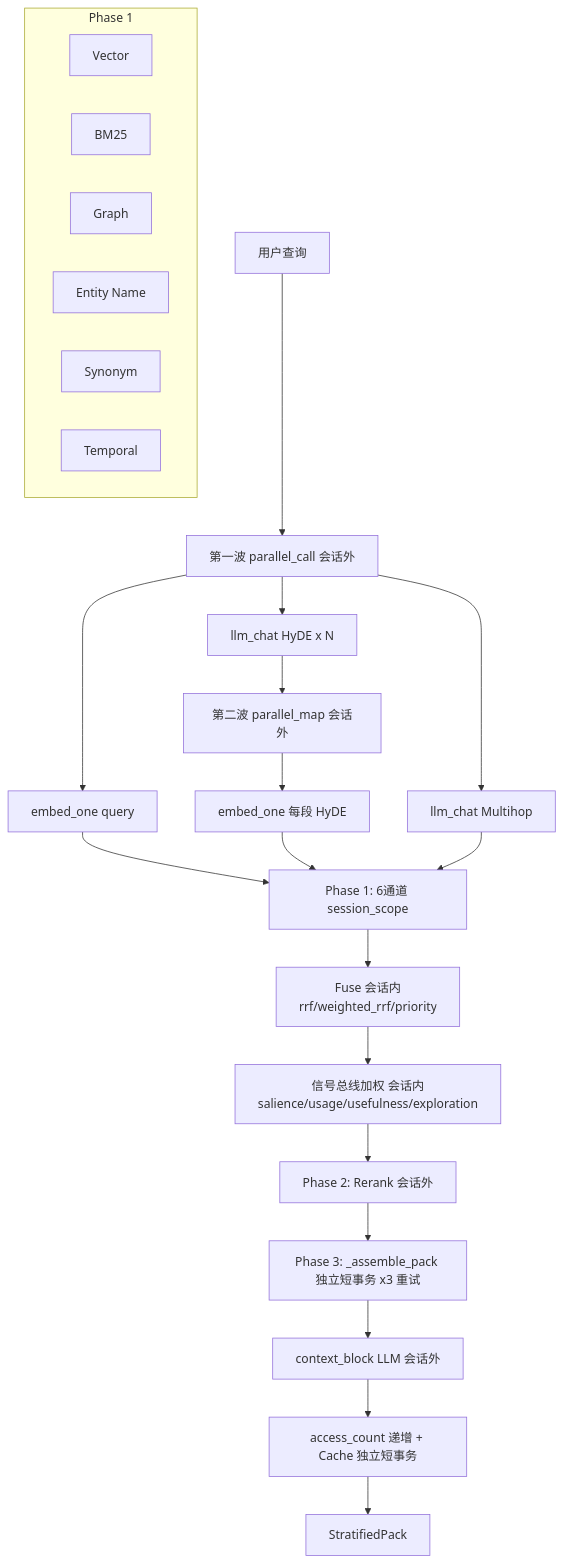
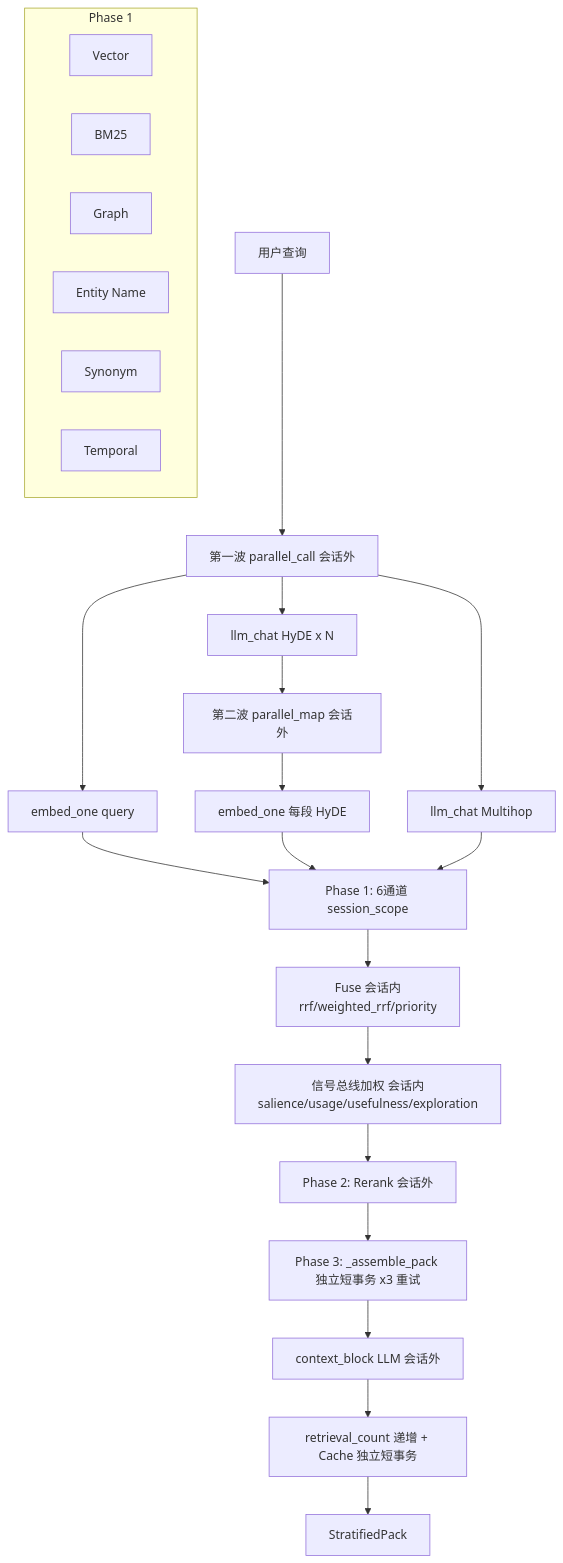
The second of 2 diagrams in source/chapters/14-retrieval-system.md (pty819/cortex-py-book), drawn with Mermaid before and after one commit. The commit also changed 16 other files, not shown here.

````diff
--- a/source/chapters/14-retrieval-system.md
+++ b/source/chapters/14-retrieval-system.md
@@ -112,29 +112,29 @@
 ```{mermaid}
 flowchart TB
     Q[用户查询] --> W1[第一波 parallel_call 会话外]
     W1 --> EMB[embed_one query]
     W1 --> H1[llm_chat HyDE x N]
     W1 --> M1[llm_chat Multihop]
     H1 --> W2[第二波 parallel_map 会话外]
     W2 --> HE[embed_one 每段 HyDE]
     EMB --> P1[Phase 1: 6通道 session_scope]
     HE --> P1
     M1 --> P1
 
     subgraph Phase 1
         V[Vector]
         B[BM25]
         G[Graph]
         N[Entity Name]
         S[Synonym]
         T[Temporal]
     end
 
     P1 --> FUSE[Fuse 会话内<br/>rrf/weighted_rrf/priority]
     FUSE --> SIG[信号总线加权 会话内<br/>salience/usage/usefulness/exploration]
     SIG --> P2[Phase 2: Rerank 会话外]
     P2 --> P3[Phase 3: _assemble_pack 独立短事务 x3 重试]
     P3 --> CB[context_block LLM 会话外]
-    CB --> CACHE[access_count 递增 + Cache 独立短事务]
+    CB --> CACHE[retrieval_count 递增 + Cache 独立短事务]
     CACHE --> OUT[StratifiedPack]
 ```
````
